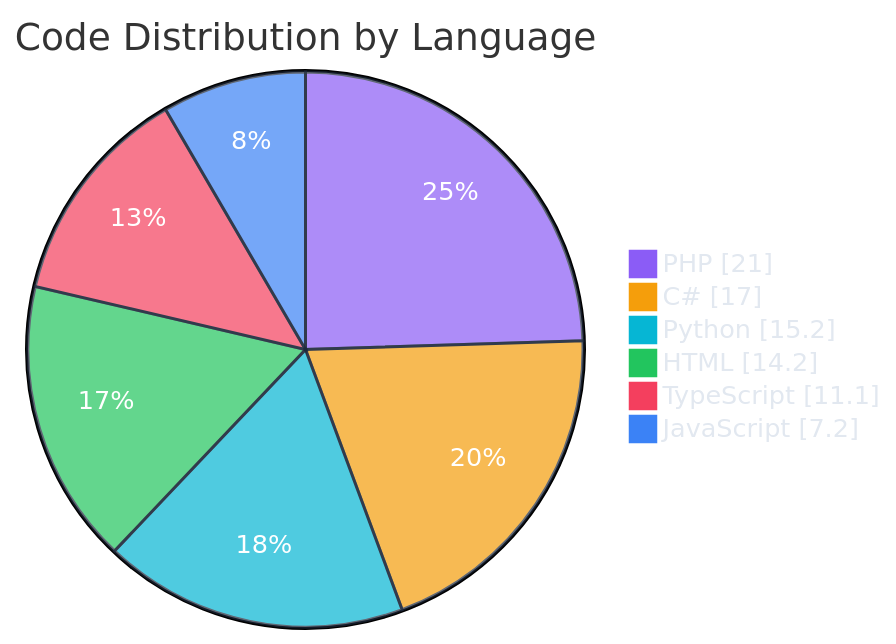
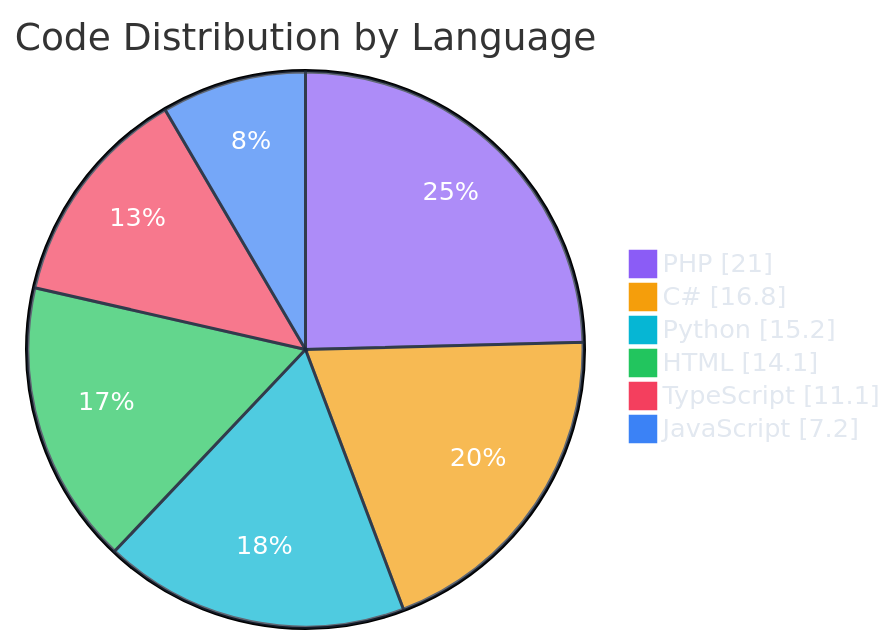
Before and after one commit to polo-nyan/polo-nyan: the second of 7 diagrams in README.md, drawn with Mermaid. The commit also changed other lines of this file and 1 other file, not shown here.

````diff
--- a/README.md
+++ b/README.md
@@ -229,11 +229,11 @@
 ```mermaid
 %%{init: {"theme": "base", "themeVariables": { "pie1": "#8b5cf6", "pie2": "#f59e0b", "pie3": "#06b6d4", "pie4": "#22c55e", "pie5": "#f43f5e", "pie6": "#3b82f6", "pie7": "#ec4899", "pieTextColor": "#ffffff", "pieLegendTextColor": "#e2e8f0", "pieSectionTextColor": "#ffffff", "pieStrokeColor": "#1e293b" }}}%%
 pie showData
     title Code Distribution by Language
     "PHP" : 21.0
-    "C#" : 17.0
+    "C#" : 16.8
     "Python" : 15.2
-    "HTML" : 14.2
+    "HTML" : 14.1
     "TypeScript" : 11.1
     "JavaScript" : 7.2
 ```
````
